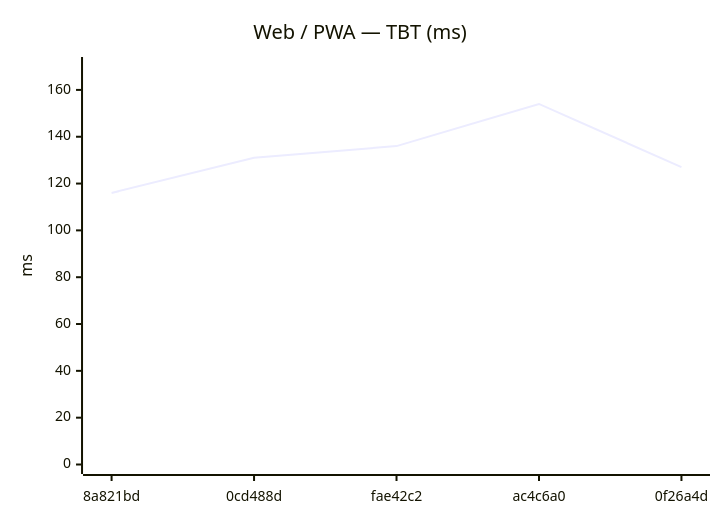
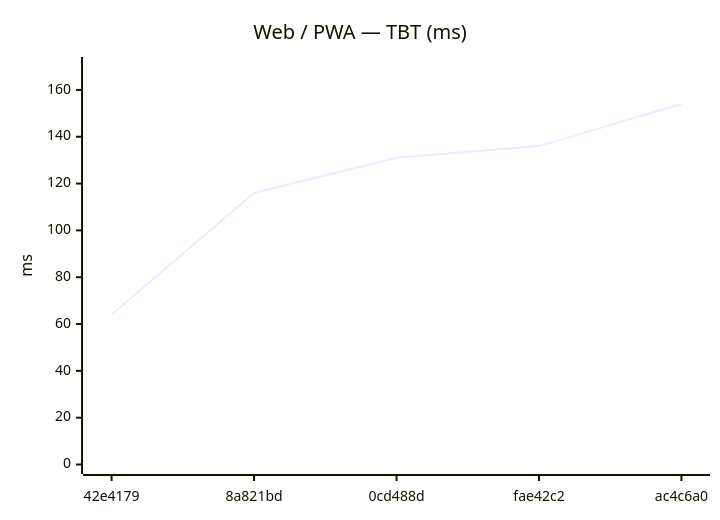
The eighth of 18 diagrams in benchmarks/compare.md (Metaheurist/Rianell), drawn with Mermaid before and after one commit. The commit also changed other lines of this file and 11 other files, not shown here.

````diff
--- a/benchmarks/compare.md
+++ b/benchmarks/compare.md
@@ -124,7 +124,7 @@
 ```mermaid
 xychart-beta
     title "Web / PWA — TBT (ms)"
-    x-axis ["8a821bd", "0cd488d", "fae42c2", "ac4c6a0", "0f26a4d"]
+    x-axis ["42e4179", "8a821bd", "0cd488d", "fae42c2", "ac4c6a0"]
     y-axis "ms" 0 --> 170
-    line [116, 131, 136, 154, 127]
+    line [64, 116, 131, 136, 154]
 ```
````
